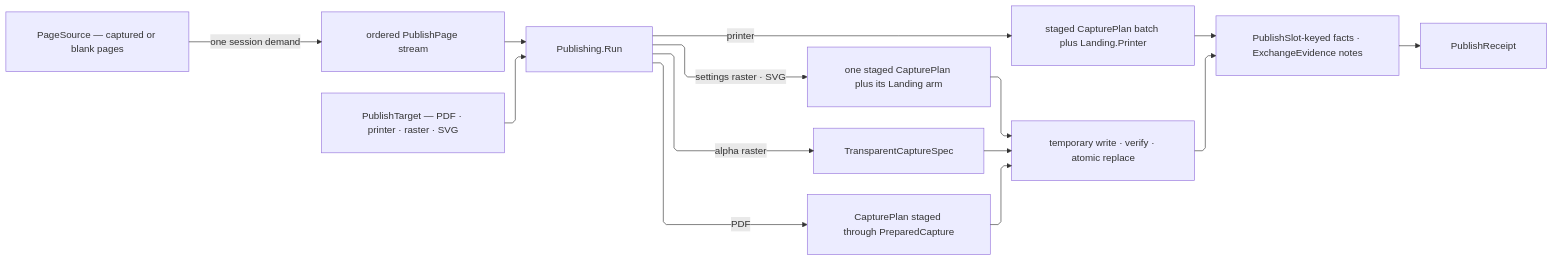
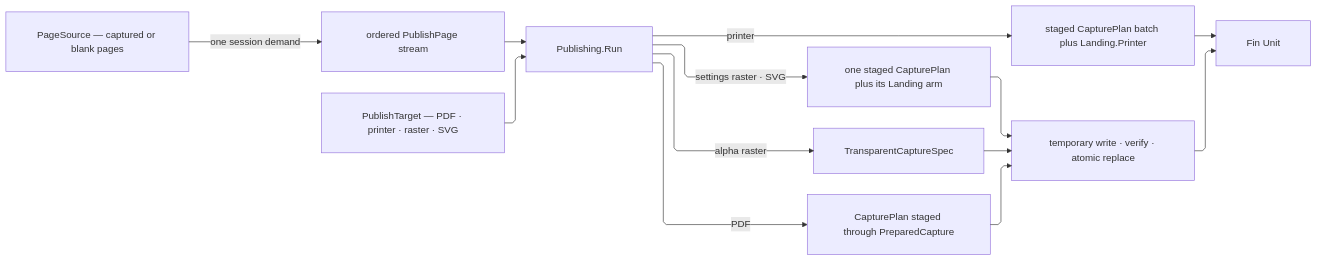
The diagram in libs/dotnet/Rasm.Rhino/.planning/Exchange/publish.md (bsamiee/Rasm), drawn with Mermaid before and after one commit. The commit also changed other lines of this file and 1417 other files, not shown here.

````diff
--- a/libs/dotnet/Rasm.Rhino/.planning/Exchange/publish.md
+++ b/libs/dotnet/Rasm.Rhino/.planning/Exchange/publish.md
@@ -1245,25 +1120,24 @@
 ```mermaid
 ---
 config:
   layout: elk
   flowchart:
     curve: linear
     padding: 25
 ---
 flowchart LR
     accTitle: Publication capture and atomic artifact flow
-    accDescr: Ordered pages derive capture plans or transparent requests before atomic delivery and typed evidence.
+    accDescr: Ordered pages derive capture plans or transparent requests before atomic delivery settles the command.
     Source["PageSource — captured or blank pages"] -->|one session demand| Stream["ordered PublishPage stream"]
     Target["PublishTarget — PDF · printer · raster · SVG"] --> Rail["Publishing.Run"]
     Stream --> Rail["Publishing.Run"]
     Rail -->|settings raster · SVG| Request["one staged CapturePlan plus its Landing arm"]
     Rail -->|alpha raster| Transparent["TransparentCaptureSpec"]
     Rail -->|printer| Spool["staged CapturePlan batch plus Landing.Printer"]
     Rail -->|PDF| Staged["CapturePlan staged through PreparedCapture"]
     Request --> Atomic["temporary write · verify · atomic replace"]
     Transparent --> Atomic
     Staged --> Atomic
-    Spool --> Evidence["PublishSlot-keyed facts · ExchangeEvidence notes"]
-    Atomic --> Evidence
-    Evidence --> Receipt["PublishReceipt"]
+    Spool --> Done["Fin Unit"]
+    Atomic --> Done
 ```
````
